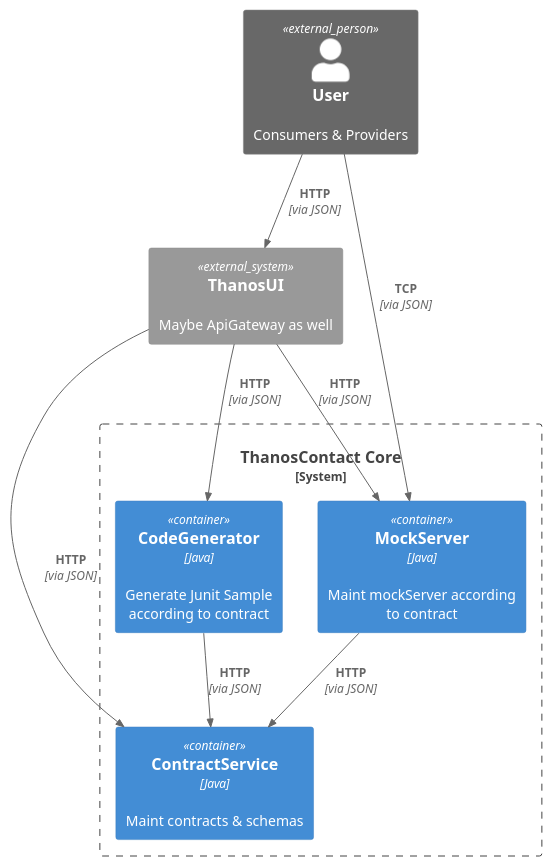
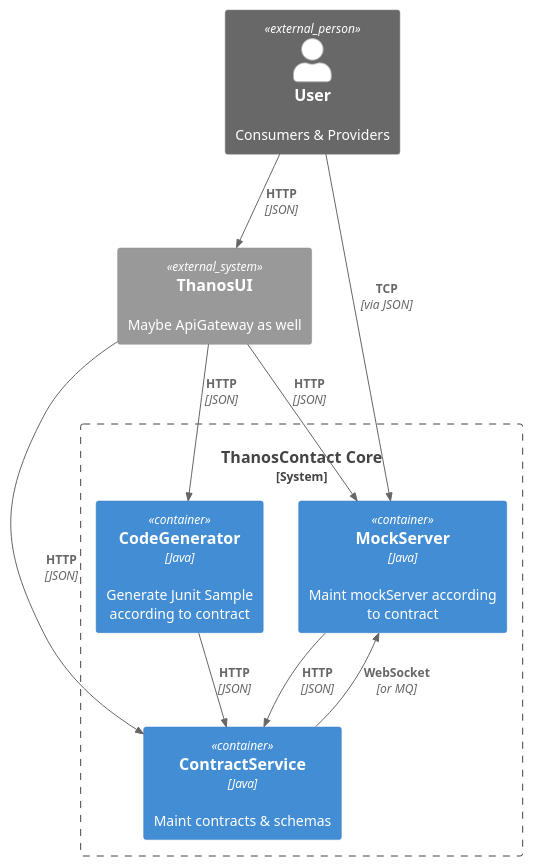
One commit to abigail830/thanos-contract changed the diagram in diagram.puml. Above: the diagram before and after it, drawn with PlantUML.

Commit message:
update diagram

```diff
--- a/diagram.puml
+++ b/diagram.puml
@@ -1,26 +1,25 @@
 @startuml C4_Elements
 !includeurl https://raw.githubusercontent.com/RicardoNiepel/C4-PlantUML/release/1-0/C4_Container.puml
 
 Person_Ext(user, "User", "Consumers & Providers")
 
 System_Ext(thanosUI, "ThanosUI", "Maybe ApiGateway as well")
 
 System_Boundary(c1, "ThanosContact Core") {
     Container(mockServer, "MockServer", "Java", "Maint mockServer according to contract")
     Container(contractService, "ContractService", "Java", "Maint contracts & schemas")
     Container(codeGenerator, "CodeGenerator", "Java", "Generate Junit Sample according to contract")
-
 }
 
-Rel(user, thanosUI, "HTTP", "via JSON")
-
+Rel(user, thanosUI, "HTTP", "JSON")
 
 Rel(user, mockServer, "TCP", "via JSON")
-Rel(thanosUI, contractService, "HTTP", "via JSON")
-Rel(thanosUI, codeGenerator, "HTTP", "via JSON")
-Rel(thanosUI, mockServer, "HTTP", "via JSON")
+Rel(thanosUI, contractService, "HTTP", "JSON")
+Rel(thanosUI, codeGenerator, "HTTP", "JSON")
+Rel(thanosUI, mockServer, "HTTP", "JSON")
 
-Rel(mockServer, contractService, "HTTP", "via JSON")
-Rel(codeGenerator, contractService, "HTTP", "via JSON")
+Rel(contractService, mockServer, "WebSocket", "or MQ")
+Rel(mockServer, contractService, "HTTP", "JSON")
+Rel(codeGenerator, contractService, "HTTP", "JSON")
 
 @enduml
```
